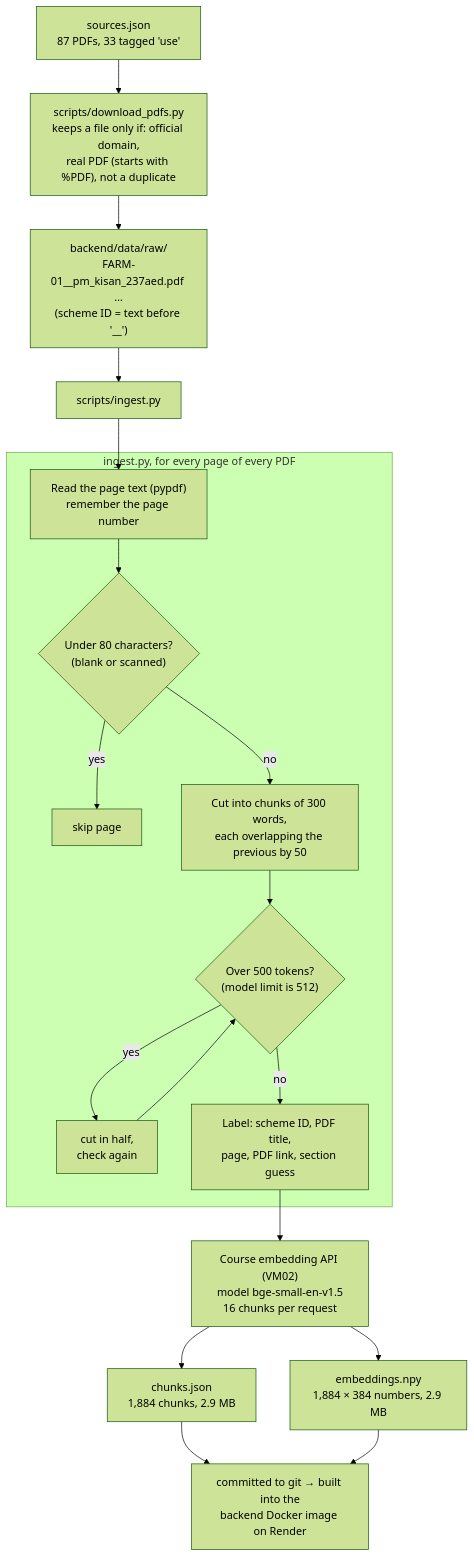
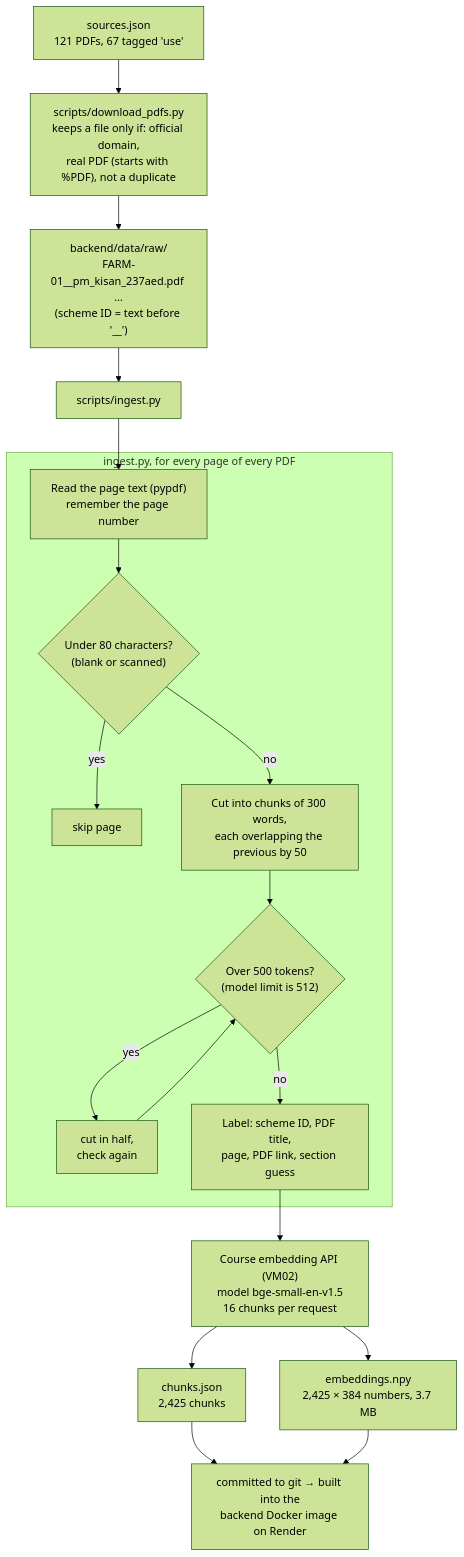
One commit to aakash-github/jansahayak changed the first of 3 diagrams in docs/RAG_AND_EMBEDDINGS.md. Above: the diagram before and after it, drawn with Mermaid (forest theme). The commit also changed other lines of this file and 26 other files, not shown here.

````diff
--- a/docs/RAG_AND_EMBEDDINGS.md
+++ b/docs/RAG_AND_EMBEDDINGS.md
@@ -40,22 +54,22 @@
 ```mermaid
 flowchart TD
-  S["sources.json<br/>87 PDFs, 33 tagged 'use'"] --> D["scripts/download_pdfs.py<br/>keeps a file only if: official domain,<br/>real PDF (starts with %PDF), not a duplicate"]
+  S["sources.json<br/>121 PDFs, 67 tagged 'use'"] --> D["scripts/download_pdfs.py<br/>keeps a file only if: official domain,<br/>real PDF (starts with %PDF), not a duplicate"]
   D --> R["backend/data/raw/<br/>FARM-01__pm_kisan_237aed.pdf …<br/>(scheme ID = text before '__')"]
   R --> I["scripts/ingest.py"]
 
   subgraph I_box ["ingest.py, for every page of every PDF"]
     P1["Read the page text (pypdf)<br/>remember the page number"] --> P2{"Under 80 characters?<br/>(blank or scanned)"}
     P2 -->|yes| SKIP["skip page"]
     P2 -->|no| P3["Cut into chunks of 300 words,<br/>each overlapping the previous by 50"]
     P3 --> P4{"Over 500 tokens?<br/>(model limit is 512)"}
     P4 -->|yes| P5["cut in half,<br/>check again"] --> P4
     P4 -->|no| P6["Label: scheme ID, PDF title,<br/>page, PDF link, section guess"]
   end
 
   I --> P1
   P6 --> E["Course embedding API (VM02)<br/>model bge-small-en-v1.5<br/>16 chunks per request"]
-  E --> O1["chunks.json<br/>1,884 chunks, 2.9 MB"]
-  E --> O2["embeddings.npy<br/>1,884 × 384 numbers, 2.9 MB"]
+  E --> O1["chunks.json<br/>2,425 chunks"]
+  E --> O2["embeddings.npy<br/>2,425 × 384 numbers, 3.7 MB"]
   O1 --> G["committed to git → built into the<br/>backend Docker image on Render"]
   O2 --> G
 ```
````
